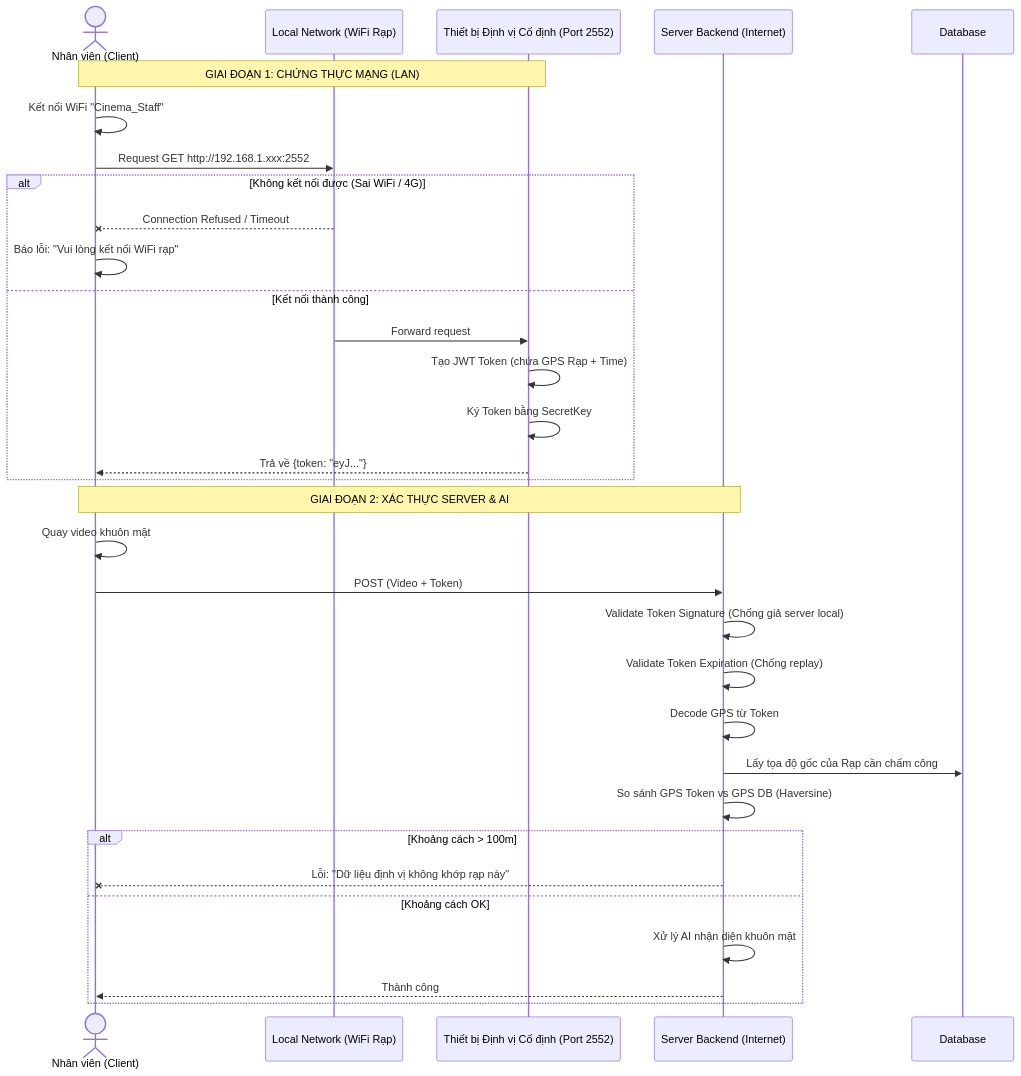
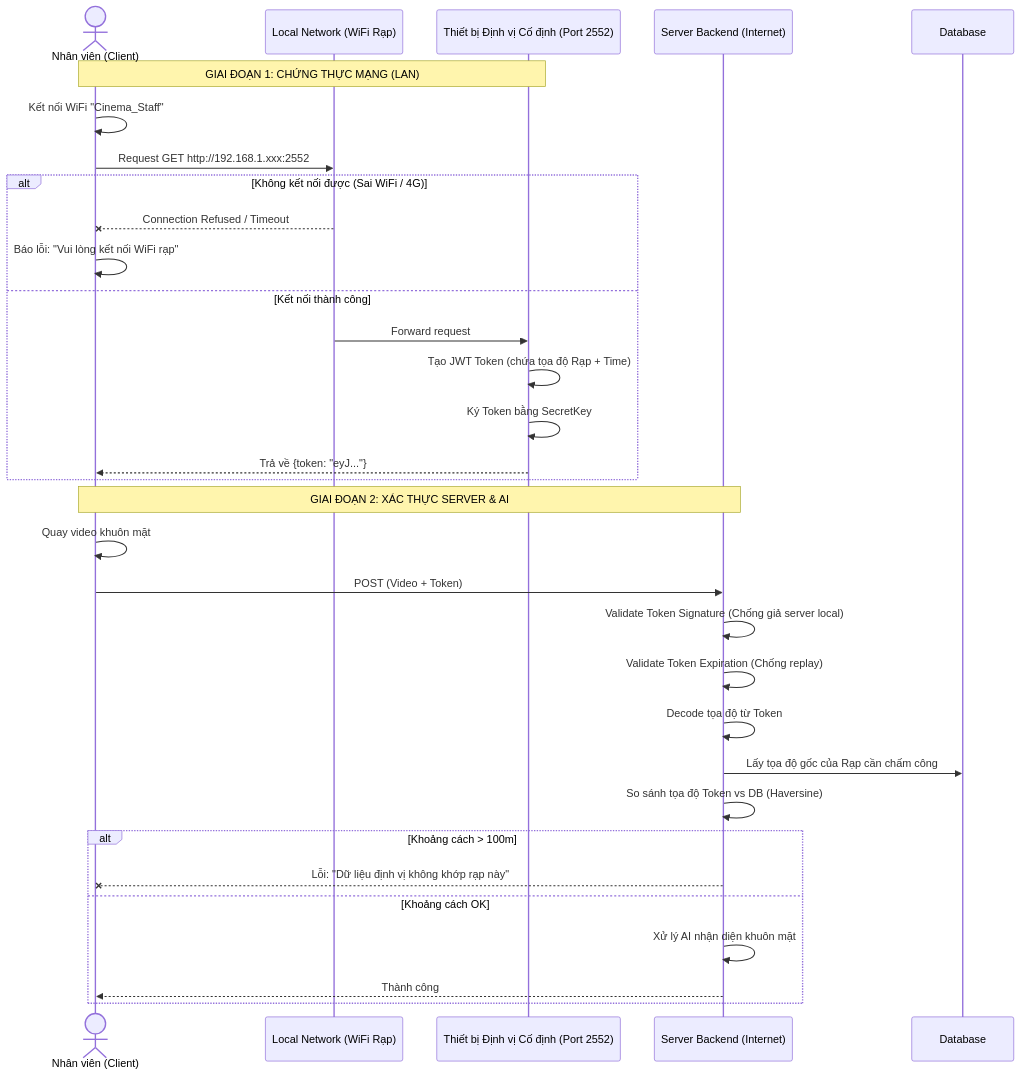
The seventh of 12 diagrams in doc/TAI_LIEU_CHAM_CONG.md (iuh21004175/EPIC--Theater-chain-management-system-NGINX-), drawn with Mermaid before and after one commit. The commit also changed other lines of this file and 5 other files, not shown here.

````diff
--- a/doc/TAI_LIEU_CHAM_CONG.md
+++ b/doc/TAI_LIEU_CHAM_CONG.md
@@ -489,42 +485,42 @@
 ```mermaid
 sequenceDiagram
     actor NV as Nhân viên (Client)
     participant LAN as Local Network (WiFi Rạp)
     participant DEVICE as Thiết bị Định vị Cố định (Port 2552)
     participant SRV as Server Backend (Internet)
     participant DB as Database
 
     Note over NV, DEVICE: GIAI ĐOẠN 1: CHỨNG THỰC MẠNG (LAN)
     
     NV->>NV: Kết nối WiFi "Cinema_Staff"
     NV->>LAN: Request GET http://192.168.1.xxx:2552
     
     alt Không kết nối được (Sai WiFi / 4G)
         LAN--xNV: Connection Refused / Timeout
         NV->>NV: Báo lỗi: "Vui lòng kết nối WiFi rạp"
     else Kết nối thành công
         LAN->>DEVICE: Forward request
-        DEVICE->>DEVICE: Tạo JWT Token (chứa GPS Rạp + Time)
+        DEVICE->>DEVICE: Tạo JWT Token (chứa tọa độ Rạp + Time)
         DEVICE->>DEVICE: Ký Token bằng SecretKey
         DEVICE-->>NV: Trả về {token: "eyJ..."}
     end
 
     Note over NV, SRV: GIAI ĐOẠN 2: XÁC THỰC SERVER & AI
 
     NV->>NV: Quay video khuôn mặt
     NV->>SRV: POST (Video + Token)
     
     SRV->>SRV: Validate Token Signature (Chống giả server local)
     SRV->>SRV: Validate Token Expiration (Chống replay)
-    SRV->>SRV: Decode GPS từ Token
+    SRV->>SRV: Decode tọa độ từ Token
     
     SRV->>DB: Lấy tọa độ gốc của Rạp cần chấm công
-    SRV->>SRV: So sánh GPS Token vs GPS DB (Haversine)
+    SRV->>SRV: So sánh tọa độ Token vs DB (Haversine)
     
     alt Khoảng cách > 100m
         SRV--xNV: Lỗi: "Dữ liệu định vị không khớp rạp này"
     else Khoảng cách OK
         SRV->>SRV: Xử lý AI nhận diện khuôn mặt
         SRV-->>NV: Thành công
     end
 ```
````
